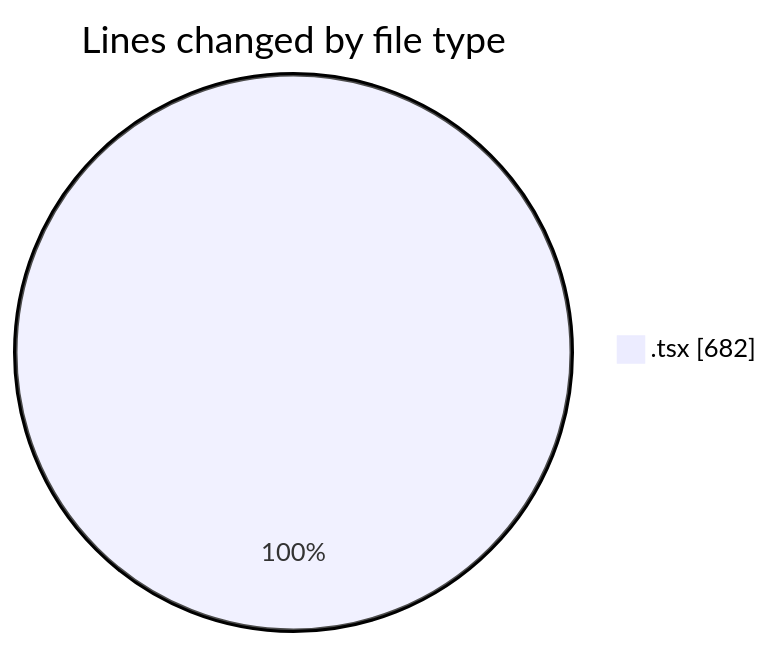
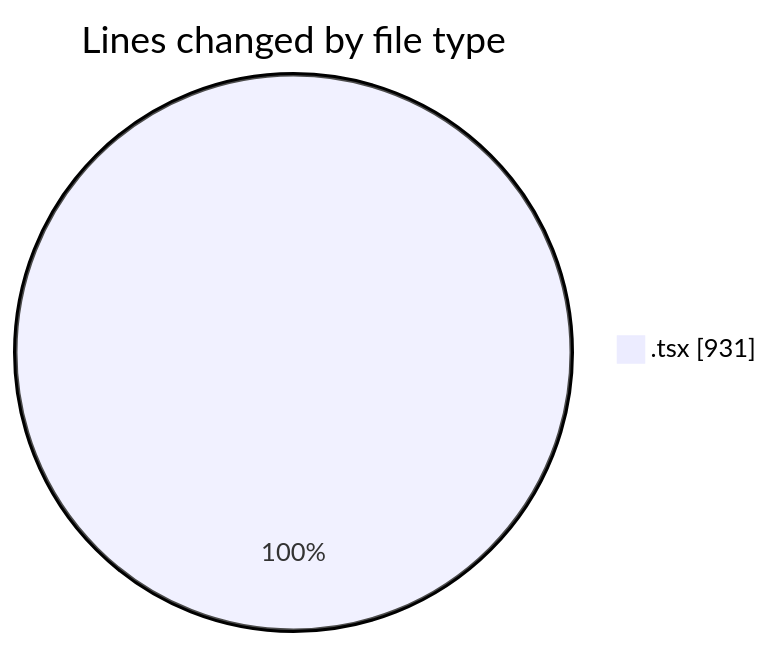
Before and after one commit to nxtqubesakshisongat/code-tracking: the first of 2 diagrams in 2026-06-15/nxtqube_webapp/README.md, drawn with Mermaid. The commit also changed other lines of this file and 1 other file, not shown here.

````diff
--- a/2026-06-15/nxtqube_webapp/README.md
+++ b/2026-06-15/nxtqube_webapp/README.md
@@ -20,5 +20,5 @@
 ```mermaid
 pie showData
 title Lines changed by file type
-".tsx" : 682
+".tsx" : 931
 ```
````
